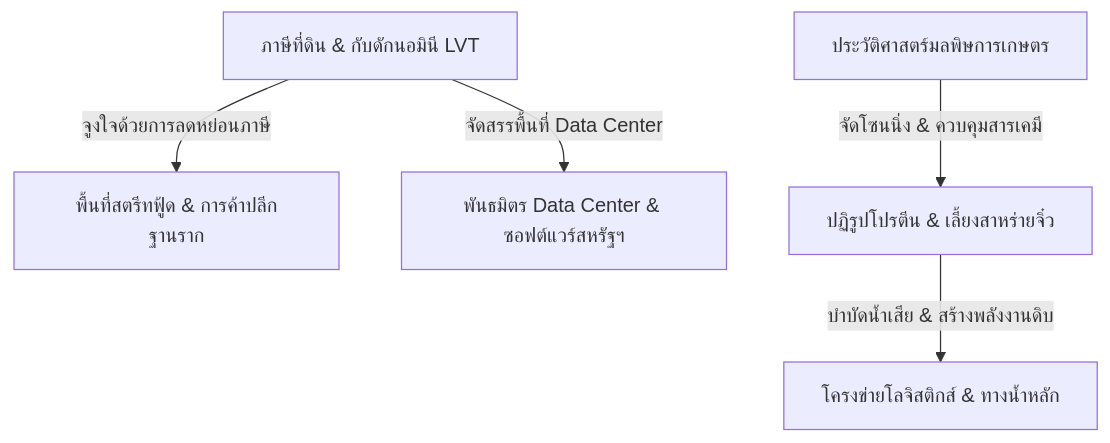
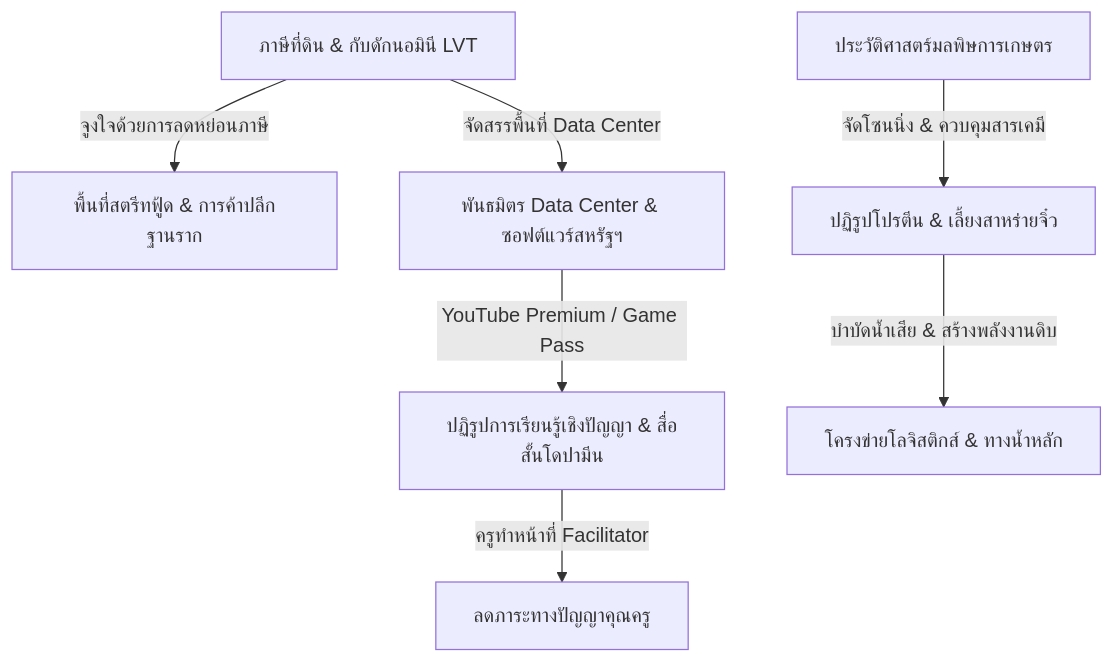
Before and after one commit to ellipszist/unityequilibriumtheory: the diagram in docs/incubator/01_policy_and_strategy/README.md, drawn with Mermaid. The commit also changed other lines of this file and 2 other files, not shown here.

Commit message:
docs(incubator): create cognitive learning reform policy and add YouTube Premium to US software barter deal

````diff
--- a/docs/incubator/01_policy_and_strategy/README.md
+++ b/docs/incubator/01_policy_and_strategy/README.md
@@ -32,7 +33,9 @@
 ```mermaid
 flowchart TD
     Land[ภาษีที่ดิน & กับดักนอมินี LVT] -->|จูงใจด้วยการลดหย่อนภาษี| StreetFood[พื้นที่สตรีทฟู้ด & การค้าปลีกฐานราก]
     Land -->|จัดสรรพื้นที่ Data Center| DataCenter[พันธมิตร Data Center & ซอฟต์แวร์สหรัฐฯ]
+    DataCenter -->|YouTube Premium / Game Pass| Education[ปฏิรูปการเรียนรู้เชิงปัญญา & สื่อสั้นโดปามีน]
+    Education -->|ครูทำหน้าที่ Facilitator| ReduceBurden[ลดภาระทางปัญญาคุณครู]
     Pyrotech[ประวัติศาสตร์มลพิษการเกษตร] -->|จัดโซนนิ่ง & ควบคุมสารเคมี| Agriculture[ปฏิรูปโปรตีน & เลี้ยงสาหร่ายจิ๋ว]
     Agriculture -->|บำบัดน้ำเสีย & สร้างพลังงานดิบ| Logis[โครงข่ายโลจิสติกส์ & ทางน้ำหลัก]
 ```
````
